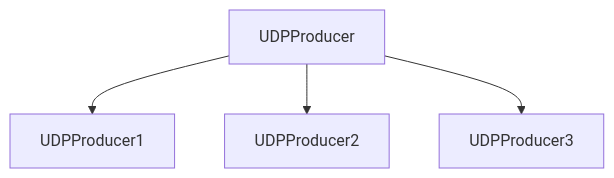
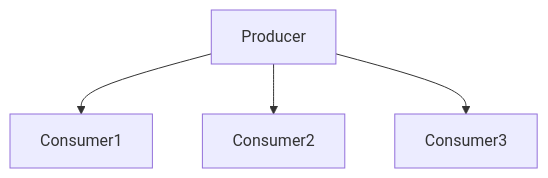
The second of 4 diagrams in README.md (dev4any1/user-datagram-transmission), drawn with Mermaid before and after one commit. The commit also changed other lines of this file and 5 other files, not shown here.

````diff
--- a/README.md
+++ b/README.md
@@ -15,6 +38,6 @@
 ```mermaid
 graph TD;
-    UDPProducer-->UDPProducer1;
-    UDPProducer-->UDPProducer2;
-    UDPProducer-->UDPProducer3;
+    Producer-->Consumer1;
+    Producer-->Consumer2;
+    Producer-->Consumer3;
 ```
````
